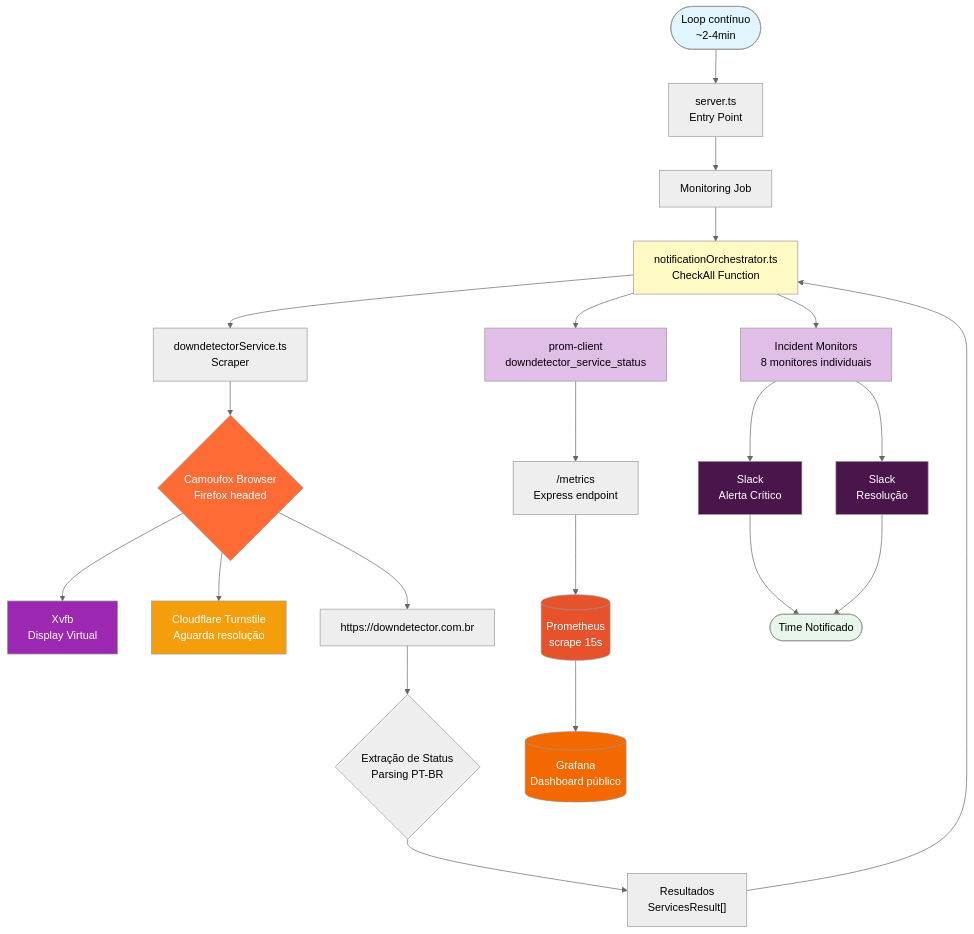
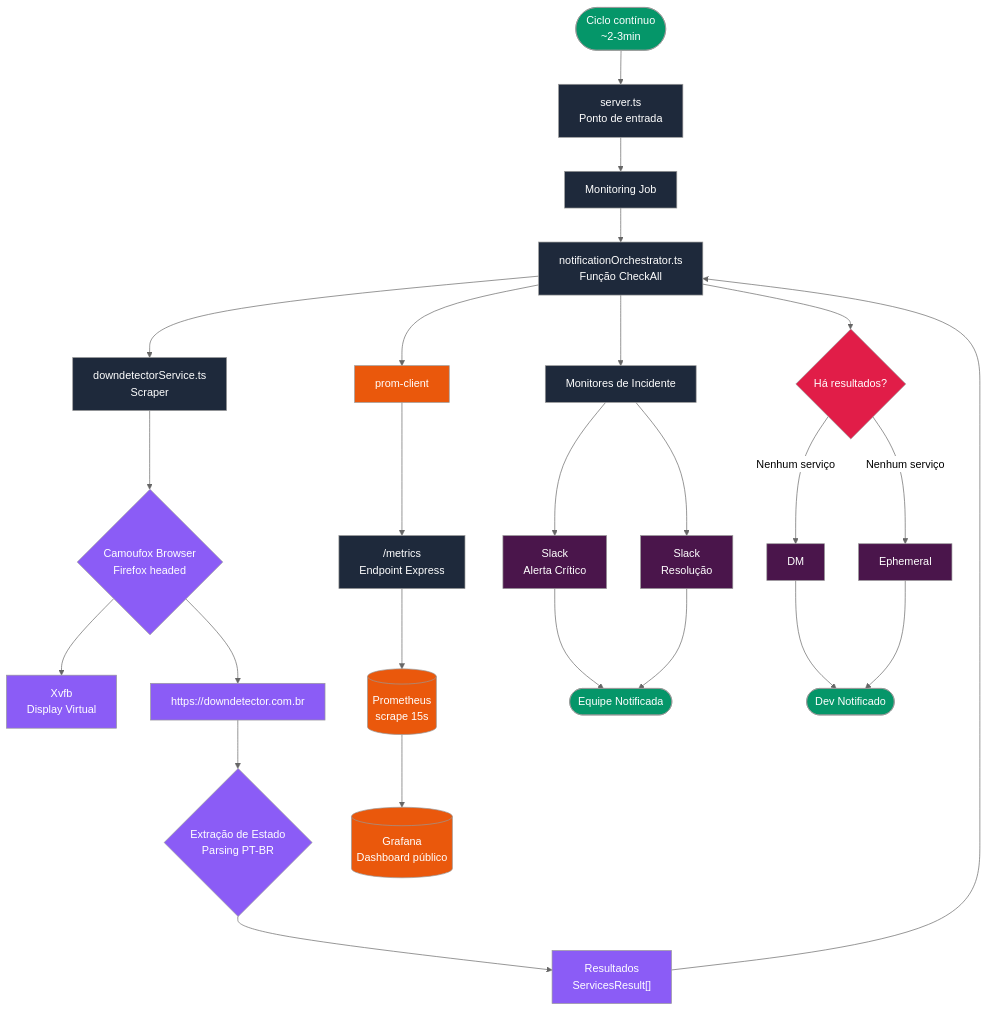
One commit to eduardotashiro/downdetector-slack changed the first of 4 diagrams in README.md. Above: the diagram before and after it, drawn with Mermaid (neutral theme). The commit also changed other lines of this file, not shown here.

````diff
--- a/README.md
+++ b/README.md
@@ -323,43 +319,69 @@
 ```mermaid
 graph TB
-    Start([Loop contínuo<br/>~2-4min]) --> Server[server.ts<br/>Entry Point]
+    Start([Ciclo contínuo<br/>~2-3min]) --> Server[server.ts<br/>Ponto de entrada]
     Server --> Job[Monitoring Job]
-    Job --> Orchestrator[notificationOrchestrator.ts<br/>CheckAll Function]
+    Job --> Orchestrator[notificationOrchestrator.ts<br/>Função CheckAll]
 
     Orchestrator --> Scraper[downdetectorService.ts<br/>Scraper]
 
     Scraper --> Browser{Camoufox Browser<br/>Firefox headed}
     Browser --> Xvfb[Xvfb<br/>Display Virtual]
-    Browser --> Turnstile[Cloudflare Turnstile<br/>Aguarda resolução]
     Browser --> DD[https://downdetector.com.br]
 
-    DD --> Data{Extração de Status<br/>Parsing PT-BR}
+    DD --> Data{Extração de Estado<br/>Parsing PT-BR}
     Data --> Results["Resultados<br/>ServicesResult[]"]
     Results --> Orchestrator
 
-    Orchestrator --> Incident[Incident Monitors<br/>8 monitores individuais]
-    Orchestrator --> Metrics[prom-client<br/>downdetector_service_status]
+    Orchestrator --> Incident[Monitores de Incidente<br/>]
+    Orchestrator --> ErrorMon{Há resultados?}
+    Orchestrator --> Metrics[prom-client]
 
     Incident --> Slack1[Slack<br/>Alerta Crítico]
     Incident --> Slack2[Slack<br/>Resolução]
 
-    Metrics --> Endpoint["/metrics<br/>Express endpoint"]
+    ErrorMon -- "Nenhum serviço" --> DM[DM]
+    ErrorMon -- "Nenhum serviço" --> Ephemeral[Ephemeral]
+
+    Metrics --> Endpoint["/metrics<br/>Endpoint Express"]
     Endpoint --> Prom[(Prometheus<br/>scrape 15s)]
     Prom --> Grafana[(Grafana<br/>Dashboard público)]
 
-    Slack1 --> End([Time Notificado])
+    Slack1 --> End([Equipe Notificada])
     Slack2 --> End
+    DM --> Dev([Dev Notificado])
+    Ephemeral --> Dev
 
-    style Start fill:#e1f5fe
-    style Orchestrator fill:#fff9c4
-    style Browser fill:#FF6B35,color:#fff
-    style Xvfb fill:#9C27B0,color:#fff
-    style Turnstile fill:#f59e0b,color:#fff
-    style Incident fill:#e1bee7
-    style Metrics fill:#e1bee7
-    style Prom fill:#E6522C,color:#fff
-    style Grafana fill:#F46800,color:#fff
+    %% Estilos - Início e Fim (Verde)
+    style Start fill:#059669,color:#fff
+    style End fill:#059669,color:#fff
+    style Dev fill:#059669,color:#fff
+
+    %% Estilos - Core/Backend (Azul Escuro/Slate)
+    style Server fill:#1e293b,color:#fff
+    style Job fill:#1e293b,color:#fff
+    style Orchestrator fill:#1e293b,color:#fff
+    style Scraper fill:#1e293b,color:#fff
+    style Incident fill:#1e293b,color:#fff
+    style Endpoint fill:#1e293b,color:#fff
+
+    %% Estilos - Scraping e Browser (Roxo)
+    style Browser fill:#8b5cf6,color:#fff
+    style Xvfb fill:#8b5cf6,color:#fff
+    style DD fill:#8b5cf6,color:#fff
+    style Data fill:#8b5cf6,color:#fff
+    style Results fill:#8b5cf6,color:#fff
+
+    %% Estilos - Condição de Erro (Vermelho)
+    style ErrorMon fill:#e11d48,color:#fff
+
+    %% Estilos - Observabilidade (Laranja)
+    style Metrics fill:#ea580c,color:#fff
+    style Prom fill:#ea580c,color:#fff
+    style Grafana fill:#ea580c,color:#fff
+
+    %% Estilos - Slack (Beringela - Mantido)
     style Slack1 fill:#4A154B,color:#fff
     style Slack2 fill:#4A154B,color:#fff
-    style End fill:#e8f5e9
+    style DM fill:#4A154B,color:#fff
+    style Ephemeral fill:#4A154B,color:#fff
 ```
````
